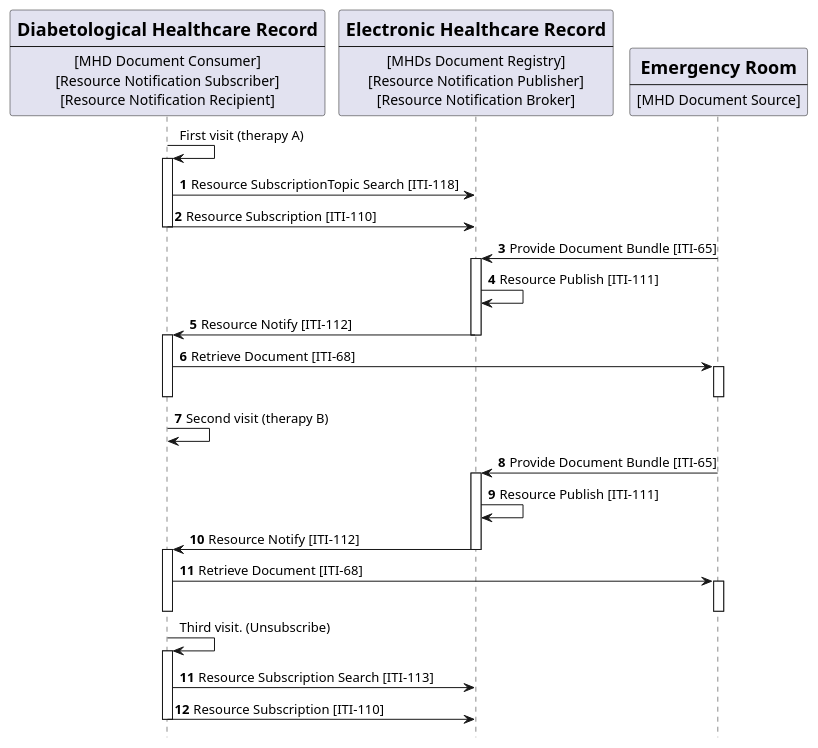
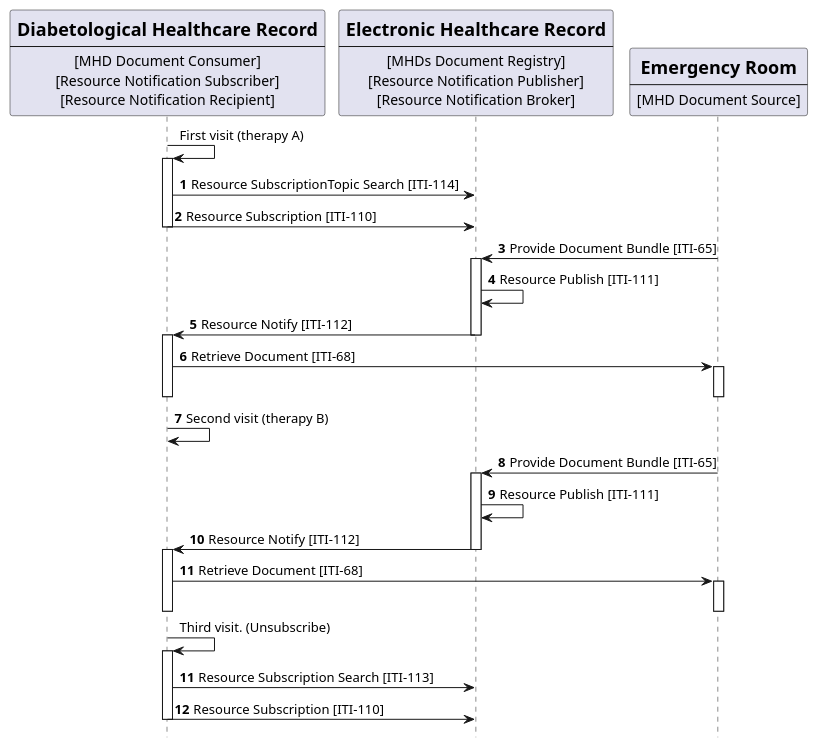
Before and after one commit to IHE/ITI.DSUBm: the diagram in input/images-source/usecase2-processflow.plantuml, drawn with PlantUML. The commit also changed 8 other files, not shown here.

```diff
--- a/input/images-source/usecase2-processflow.plantuml
+++ b/input/images-source/usecase2-processflow.plantuml
@@ -1,70 +1,70 @@
 @startuml
 skinparam svgDimensionStyle false
 hide footbox
 /'title "Folder Subscription with DSUBm on MHDs infrastructure" '/
 
 participant DHR [
     = Diabetological Healthcare Record
     ----
     [MHD Document Consumer]
     [Resource Notification Subscriber]
     [Resource Notification Recipient]
 ] 
 
 
 
 participant Central [
     =Electronic Healthcare Record
     ----
     [MHDs Document Registry]
     [Resource Notification Publisher]
     [Resource Notification Broker]
 ] 
 
 participant ER [
     =Emergency Room
     ----
     [MHD Document Source]
 ] 
 
 
 
 
 DHR -> DHR: First visit (therapy A)
 autonumber "<b>"
 activate DHR
-DHR -> Central: Resource SubscriptionTopic Search [ITI-118]
+DHR -> Central: Resource SubscriptionTopic Search [ITI-114]
 DHR -> Central: Resource Subscription [ITI-110]
 deactivate DHR
 ER->Central:  Provide Document Bundle [ITI-65]
 activate Central 
 Central -> Central: Resource Publish [ITI-111]
 Central -> DHR: Resource Notify [ITI-112]
 deactivate Central
 activate DHR
 DHR -> ER: Retrieve Document [ITI-68]
 activate ER
 deactivate ER
 deactivate DHR 
 
 DHR -> DHR: Second visit (therapy B)
 ER->Central:  Provide Document Bundle [ITI-65]
 activate Central 
 Central -> Central: Resource Publish [ITI-111]
 Central -> DHR: Resource Notify [ITI-112]
 deactivate Central
 activate DHR
 
 DHR -> ER: Retrieve Document [ITI-68]
 activate ER
 deactivate ER
 deactivate DHR 
 autonumber stop 
 DHR -> DHR: Third visit. (Unsubscribe)
 activate DHR
 autonumber 11 "<b>"
 DHR -> Central: Resource Subscription Search [ITI-113]
 DHR -> Central: Resource Subscription [ITI-110]	
 deactivate DHR
 
 @enduml
```
